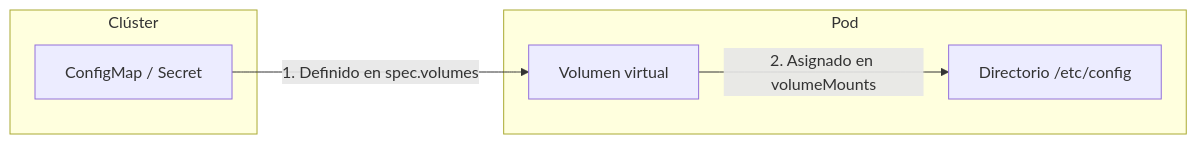
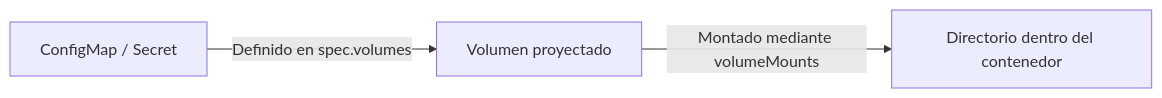
Before and after one commit to ieftraining/curso-openshift: the fourth of 4 diagrams in docs/sesion2/2.4 Configuracion fuera de la imagen.md, drawn with Mermaid. The commit also changed other lines of this file, not shown here.

````diff
--- a/docs/sesion2/2.4 Configuracion fuera de la imagen.md
+++ b/docs/sesion2/2.4 Configuracion fuera de la imagen.md
@@ -281,14 +324,5 @@
 ```mermaid
 flowchart LR
-    subgraph Clúster
-        CM[ConfigMap / Secret]
-    end
-
-    subgraph Pod
-        V[Volumen virtual]
-        FS[Directorio /etc/config]
-    end
-
-    CM -->|1. Definido en spec.volumes| V
-    V -->|2. Asignado en volumeMounts| FS
+    CM["ConfigMap / Secret"] -->|"Definido en spec.volumes"| V["Volumen proyectado"]
+    V -->|"Montado mediante volumeMounts"| FS["Directorio dentro del contenedor"]
 ```
````
